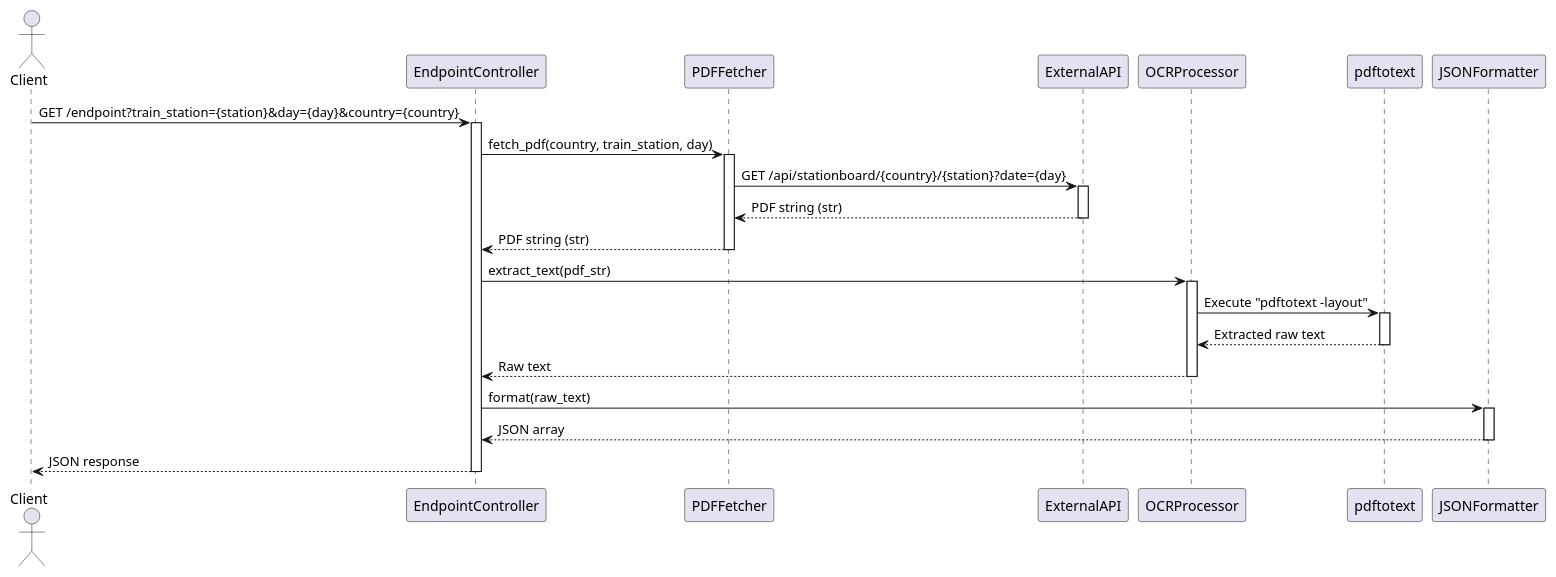
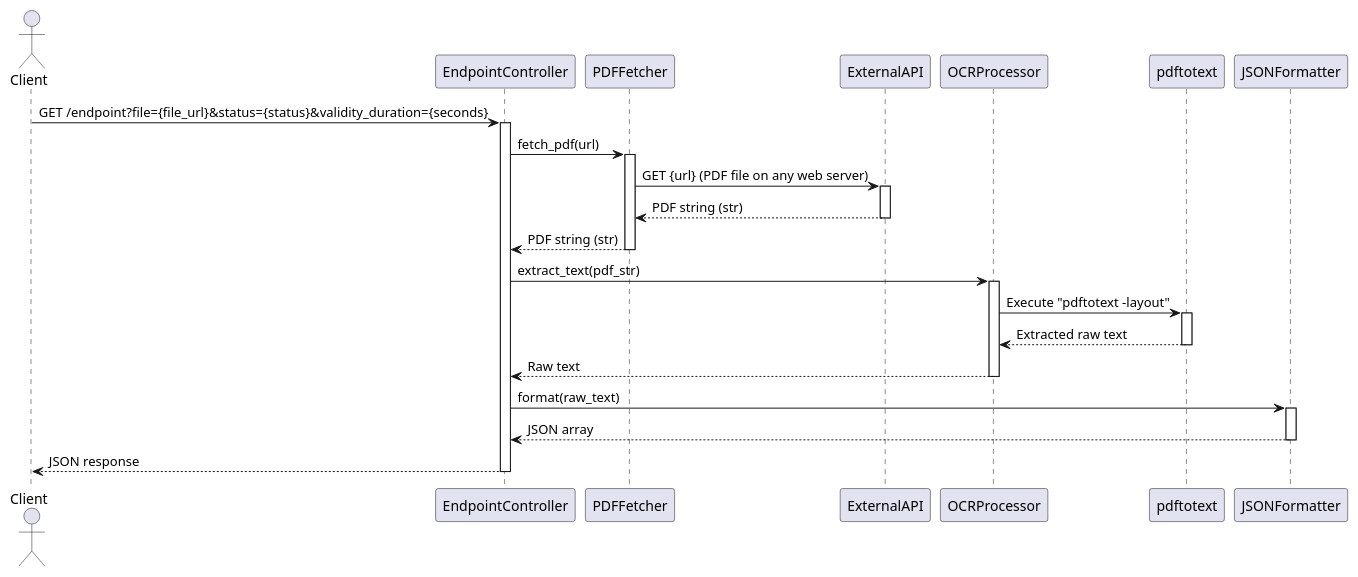
Before and after one commit to CPNV-ES-BI1-RIA2-ETL-INTERNAL-SOURCE/INTERNAL-SOURCE-EXTRACT: the diagram in diagrams/sequenceDiagram.puml, drawn with PlantUML.

Commit message:
docs: update sequence to match implementation

```diff
--- a/diagrams/sequenceDiagram.puml
+++ b/diagrams/sequenceDiagram.puml
@@ -1,36 +1,36 @@
 @startuml
 actor Client
 
-Client -> EndpointController : GET /endpoint?train_station={station}&day={day}&country={country}
+Client -> EndpointController : GET /endpoint?file={file_url}&status={status}&validity_duration={seconds}
 activate EndpointController
 
-EndpointController -> PDFFetcher : fetch_pdf(country, train_station, day)
+EndpointController -> PDFFetcher : fetch_pdf(url)
 activate PDFFetcher
 
-PDFFetcher -> ExternalAPI : GET /api/stationboard/{country}/{station}?date={day}
+PDFFetcher -> ExternalAPI : GET {url} (PDF file on any web server)
 activate ExternalAPI
 ExternalAPI --> PDFFetcher : PDF string (str)
 deactivate ExternalAPI
 
 PDFFetcher --> EndpointController : PDF string (str)
 deactivate PDFFetcher
 
 EndpointController -> OCRProcessor : extract_text(pdf_str)
 activate OCRProcessor
 
 OCRProcessor -> pdftotext : Execute "pdftotext -layout"
 activate pdftotext
 pdftotext --> OCRProcessor : Extracted raw text
 deactivate pdftotext
 
 OCRProcessor --> EndpointController : Raw text
 deactivate OCRProcessor
 
 EndpointController -> JSONFormatter : format(raw_text)
 activate JSONFormatter
 JSONFormatter --> EndpointController : JSON array
 deactivate JSONFormatter
 
 EndpointController --> Client : JSON response
 deactivate EndpointController
 @enduml
```
